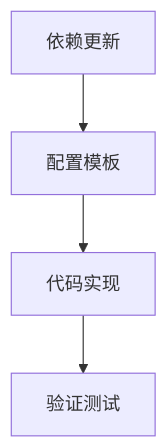
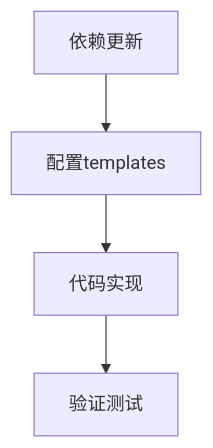
One commit to demo112/Try_make_mcp changed the diagram in docs/Everything2MD/Config/TASK_Everything2MD_Config.md. Above: the diagram before and after it, drawn with Mermaid. The commit also changed other lines of this file and 34 other files, not shown here.

````diff
--- a/docs/Everything2MD/Config/TASK_Everything2MD_Config.md
+++ b/docs/Everything2MD/Config/TASK_Everything2MD_Config.md
@@ -3,6 +3,6 @@
 ```mermaid
 graph TD
-    T1[依赖更新] --> T2[配置模板]
+    T1[依赖更新] --> T2[配置templates]
     T2 --> T3[代码实现]
     T3 --> T4[验证测试]
 ```
````
